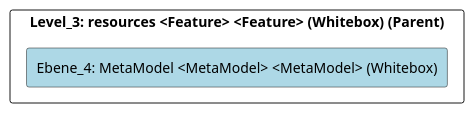
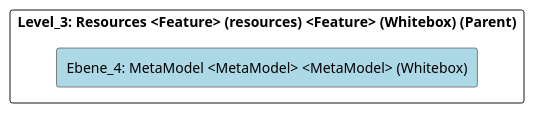
Before and after one commit to marcozwyssig/cleon: the diagram in doc/cleonproject_deliverables_architecture_model_architecture/adoc/de/05_bausteinsicht/cleon/common/resources/metamodel/ebene_4_metamodel.adoc, drawn with PlantUML. The commit also changed other lines of this file and 166 other files, not shown here.

```diff
--- a/doc/cleonproject_deliverables_architecture_model_architecture/adoc/de/05_bausteinsicht/cleon/common/resources/metamodel/ebene_4_metamodel.adoc
+++ b/doc/cleonproject_deliverables_architecture_model_architecture/adoc/de/05_bausteinsicht/cleon/common/resources/metamodel/ebene_4_metamodel.adoc
@@ -20,24 +20,24 @@
 [plantuml, Ebene_4: MetaModel <MetaModel> <MetaModel> (Whitebox)BlockOverview, format="svg"]
 ----
 @startuml Ebene_4: MetaModel <MetaModel> <MetaModel> (Whitebox)BuildingBlockOverview
 
 skinparam ranksep 10
 skinparam componentStyle rectangle
 skinparam shadowing false
 skinparam arrowColor lightblue
 skinparam arrowThickness 1.2
 skinparam rectangle {
   BackgroundColor White
   BorderColor #333
   RoundCorner 10
 }
 top to bottom direction
 
-component "Level_3: resources <Feature> <Feature> (Whitebox) (Parent)" {
+component "Level_3: Resources <Feature> (resources) <Feature> (Whitebox) (Parent)" {
     component "Ebene_4: MetaModel <MetaModel> <MetaModel> (Whitebox)" #lightblue {
     }
 
 }
 
 @enduml
 ----
```
